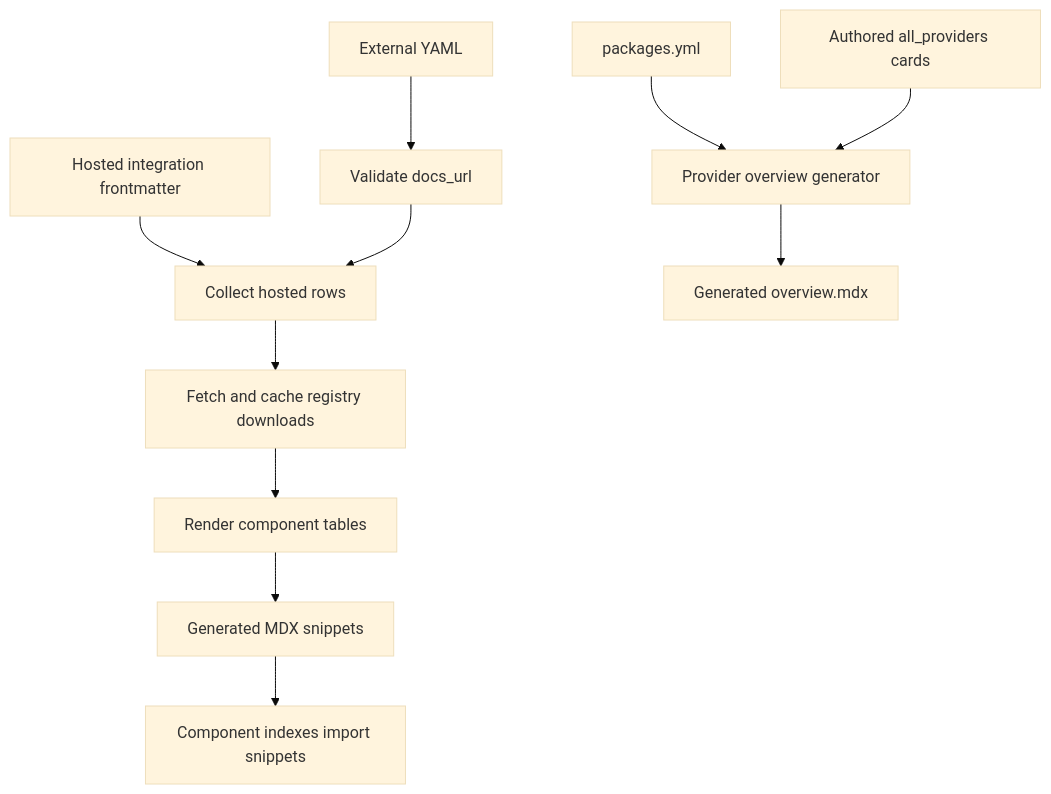
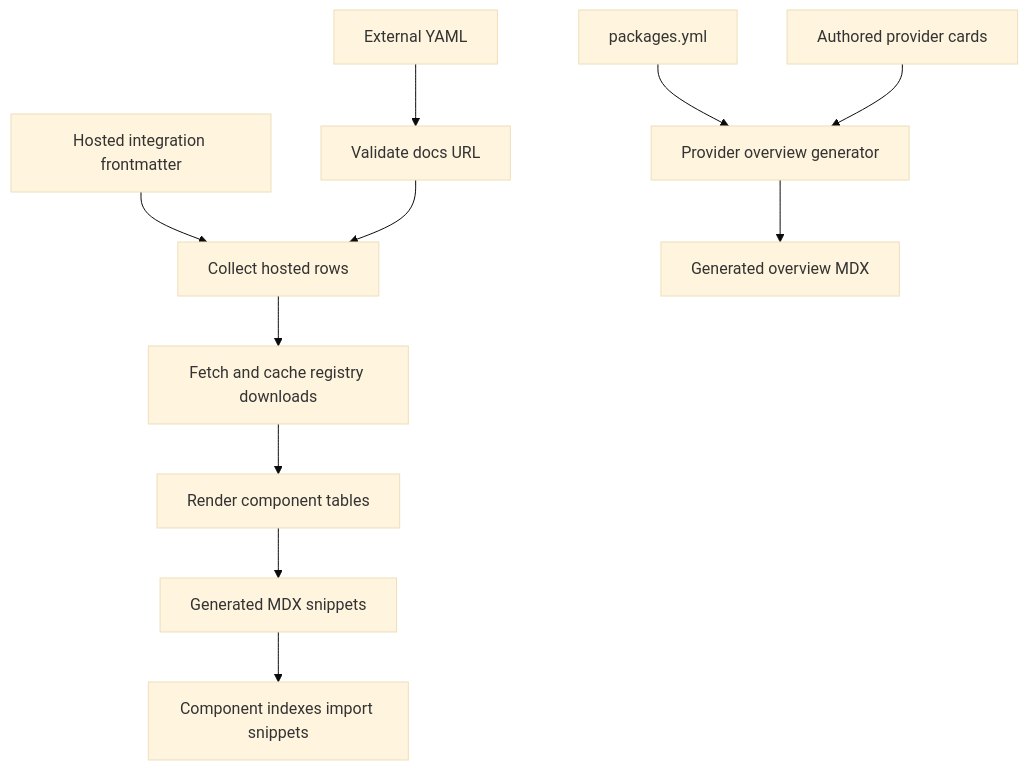
Before and after one commit to langchain-ai/docs: the first of 3 diagrams in openwiki/workflows/integration-listing-automation.md, drawn with Mermaid (base theme). The commit also changed other lines of this file and 13 other files, not shown here.

````diff
--- a/openwiki/workflows/integration-listing-automation.md
+++ b/openwiki/workflows/integration-listing-automation.md
@@ -65,13 +63,13 @@
 ```mermaid
 flowchart TD
-    External["External YAML"] --> Validate["Validate docs_url"]
-    Hosted["Hosted integration frontmatter"] --> Rows["Collect hosted rows"]
-    Validate --> Rows
-    Rows --> Fetch["Fetch and cache registry downloads"]
+    External["External YAML"] --> Validate["Validate docs URL"]
+    Hosted["Hosted integration frontmatter"] --> Collect["Collect hosted rows"]
+    Validate --> Collect
+    Collect --> Fetch["Fetch and cache registry downloads"]
     Fetch --> Render["Render component tables"]
     Render --> Snippets["Generated MDX snippets"]
     Snippets --> Indexes["Component indexes import snippets"]
     Packages["packages.yml"] --> Overview["Provider overview generator"]
-    Cards["Authored all_providers cards"] --> Overview
-    Overview --> ProviderOutput["Generated overview.mdx"]
+    Cards["Authored provider cards"] --> Overview
+    Overview --> Output["Generated overview MDX"]
 ```
````
